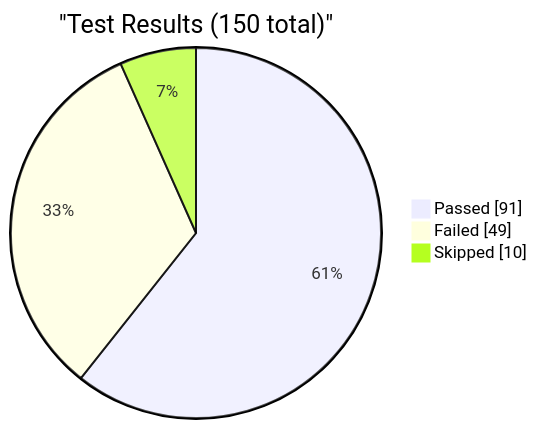
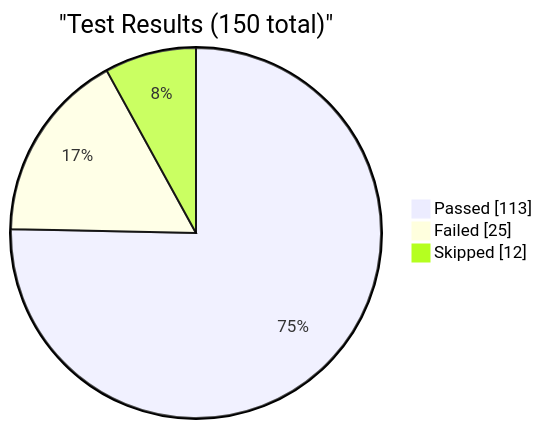
Before and after one commit to EliteaAI/onetest-ai-tm-Elitea: the first of 4 diagrams in reports/dashboard.md, drawn with Mermaid. The commit also changed other lines of this file and 1 other file, not shown here.

Commit message:
dashboard: update test metrics for RUN-ELITEA-2026-08-21-35-DEV-STABLE-ALL-FAILED

````diff
--- a/reports/dashboard.md
+++ b/reports/dashboard.md
@@ -9,7 +9,7 @@
 ```mermaid
 pie showData
     title "Test Results (150 total)"
-    "Passed" : 91
-    "Failed" : 49
-    "Skipped" : 10
+    "Passed" : 113
+    "Failed" : 25
+    "Skipped" : 12
 ```
````
